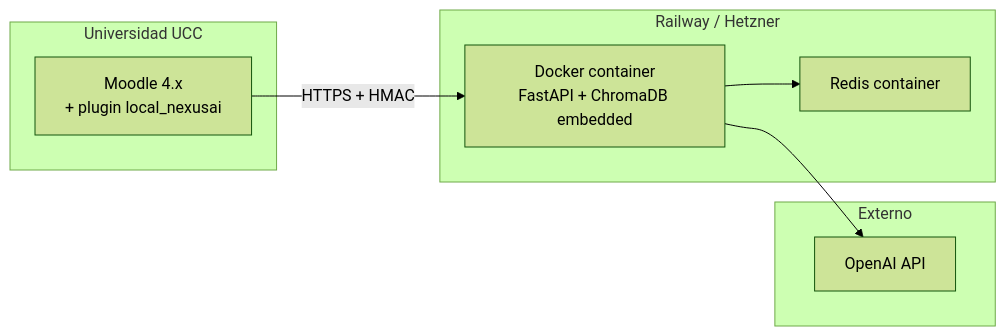
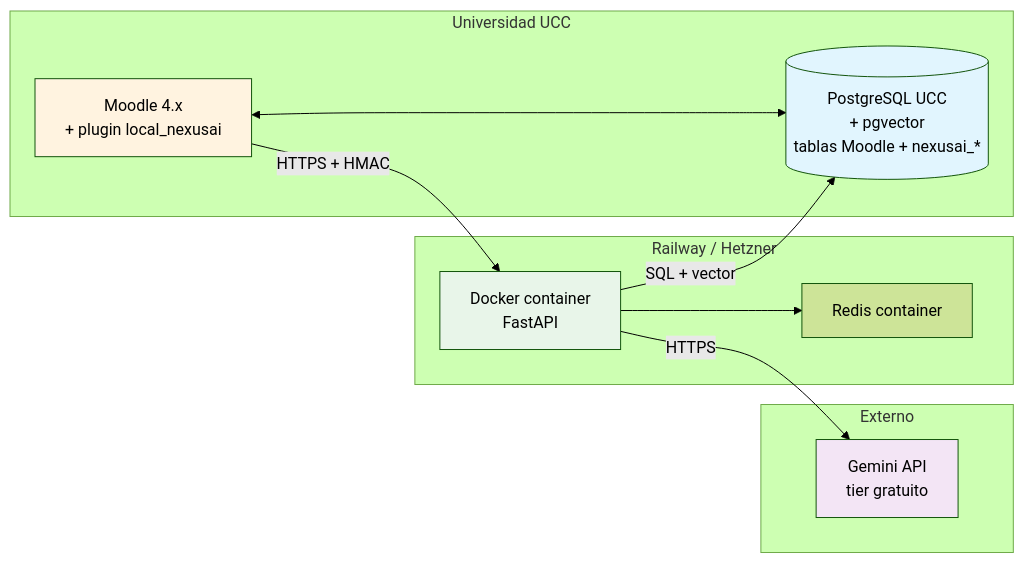
One commit to nexusai-ucc/nexusAI changed the fourth of 6 diagrams in NexusAI/docs/architecture.md. Above: the diagram before and after it, drawn with Mermaid (forest theme). The commit also changed other lines of this file and 15 other files, not shown here.

````diff
--- a/NexusAI/docs/architecture.md
+++ b/NexusAI/docs/architecture.md
@@ -164,19 +174,27 @@
 ```mermaid
 flowchart LR
     subgraph U[Universidad UCC]
         MOODLE[Moodle 4.x<br/>+ plugin local_nexusai]
+        PG_UCC[("PostgreSQL UCC<br/>+ pgvector<br/>tablas Moodle + nexusai_*")]
+        MOODLE <--> PG_UCC
     end
 
     subgraph CLOUD[Railway / Hetzner]
-        DOCKER[Docker container<br/>FastAPI + ChromaDB embedded]
+        DOCKER[Docker container<br/>FastAPI]
         REDISC[Redis container]
     end
 
     subgraph EXT[Externo]
-        OPENAIC[OpenAI API]
+        LLMC[Gemini API<br/>tier gratuito]
     end
 
     MOODLE -->|HTTPS + HMAC| DOCKER
+    DOCKER -->|SQL + vector| PG_UCC
     DOCKER --> REDISC
-    DOCKER --> OPENAIC
+    DOCKER -->|HTTPS| LLMC
+
+    style MOODLE fill:#fff3e0,color:#000
+    style DOCKER fill:#e8f5e9,color:#000
+    style LLMC fill:#f3e5f5,color:#000
+    style PG_UCC fill:#e1f5fe,color:#000
 ```
````
